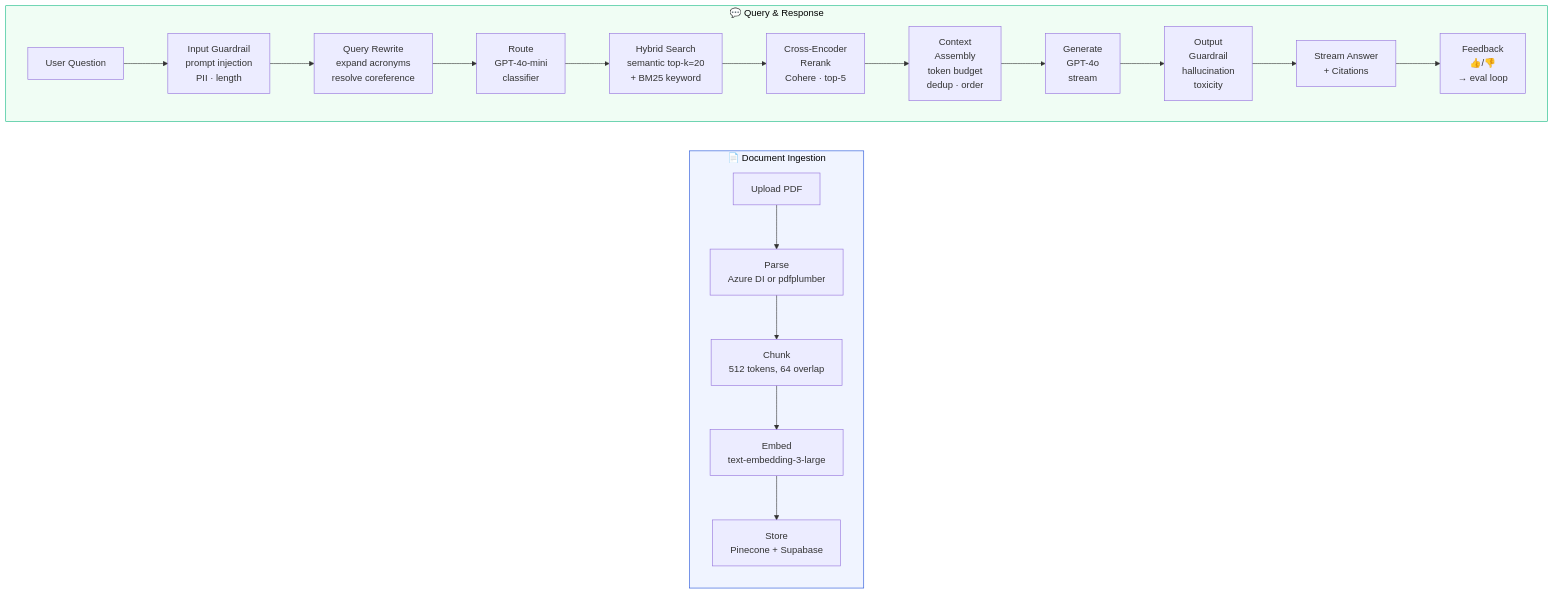
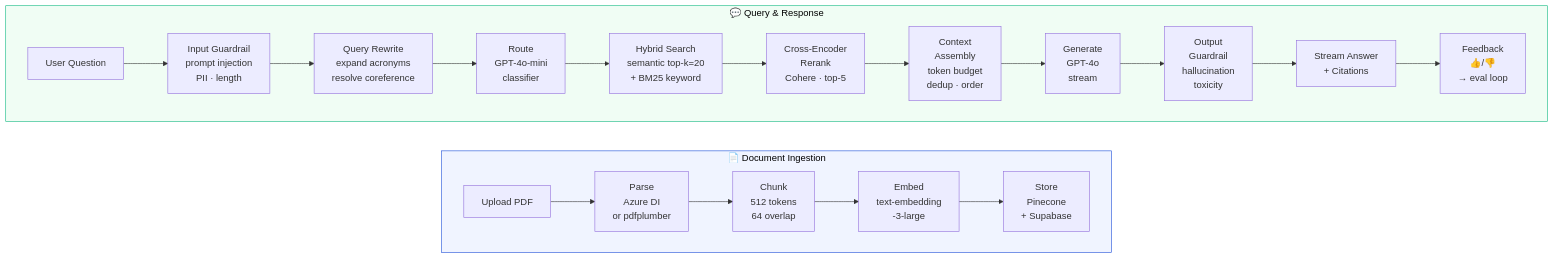
The second of 7 diagrams in README.md (Syndicate555/finrag-backend), drawn with Mermaid before and after one commit.

````diff
--- a/README.md
+++ b/README.md
@@ -93,32 +93,33 @@
 ```mermaid
 graph LR
     subgraph Ingestion["📄 Document Ingestion"]
+        direction LR
         Upload["Upload PDF"]
-        Parse["Parse<br/>Azure DI or pdfplumber"]
-        Chunk["Chunk<br/>512 tokens, 64 overlap"]
-        Embed["Embed<br/>text-embedding-3-large"]
-        Store["Store<br/>Pinecone + Supabase"]
+        Parse["Parse<br/>Azure DI<br/>or pdfplumber"]
+        Chunk["Chunk<br/>512 tokens<br/>64 overlap"]
+        Embed["Embed<br/>text-embedding<br/>-3-large"]
+        Store["Store<br/>Pinecone<br/>+ Supabase"]
 
         Upload --> Parse --> Chunk --> Embed --> Store
     end
 
     subgraph Retrieval["💬 Query & Response"]
         direction LR
         Query["User Question"]
         Guard["Input Guardrail<br/>prompt injection<br/>PII · length"]
         Rewrite["Query Rewrite<br/>expand acronyms<br/>resolve coreference"]
         Route["Route<br/>GPT-4o-mini<br/>classifier"]
         HybridSearch["Hybrid Search<br/>semantic top-k=20<br/>+ BM25 keyword"]
         Rerank["Cross-Encoder<br/>Rerank<br/>Cohere · top-5"]
         ContextWindow["Context<br/>Assembly<br/>token budget<br/>dedup · order"]
         Generate["Generate<br/>GPT-4o<br/>stream"]
         OutputGuard["Output<br/>Guardrail<br/>hallucination<br/>toxicity"]
         Respond["Stream Answer<br/>+ Citations"]
         Feedback["Feedback<br/>👍/👎<br/>→ eval loop"]
 
         Query --> Guard --> Rewrite --> Route --> HybridSearch --> Rerank --> ContextWindow --> Generate --> OutputGuard --> Respond --> Feedback
     end
 
     style Ingestion fill:#f0f4ff,stroke:#1D4ED8,color:#000
     style Retrieval fill:#f0fdf4,stroke:#10B981,color:#000
 ```
````
